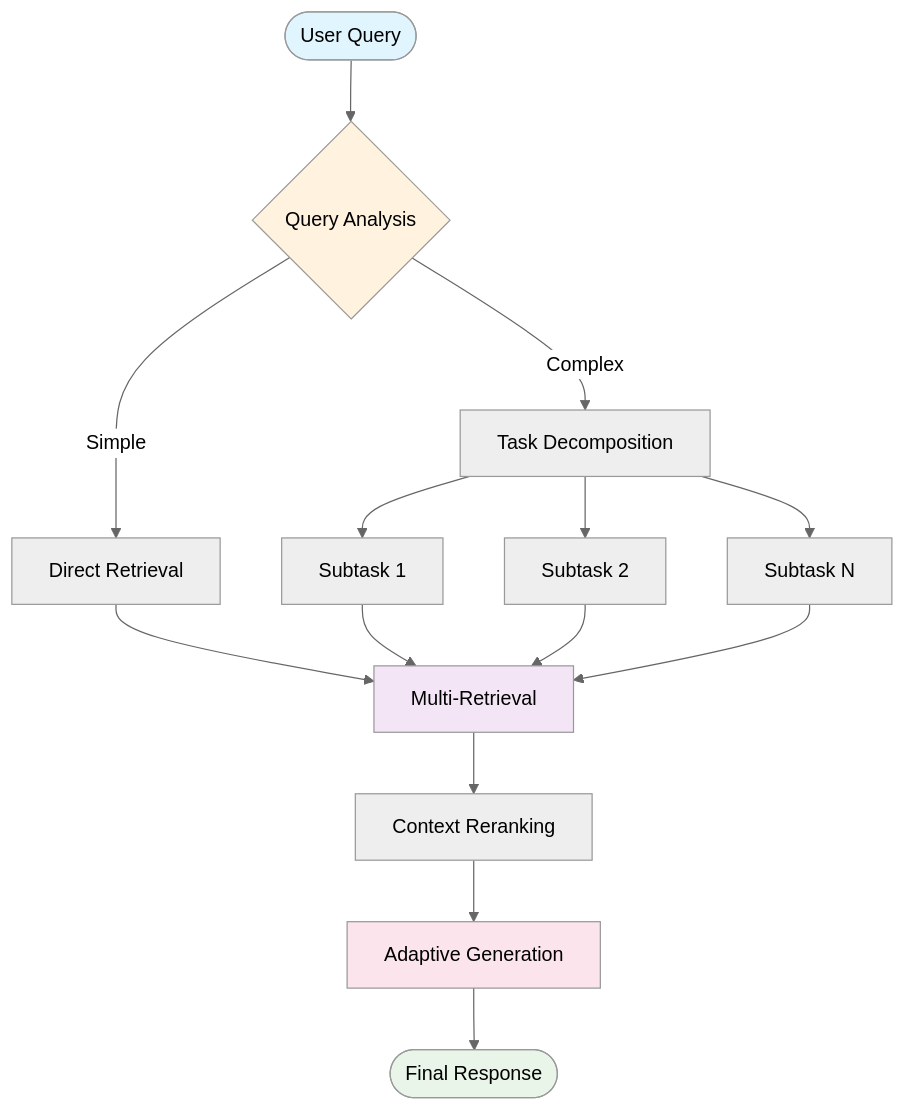
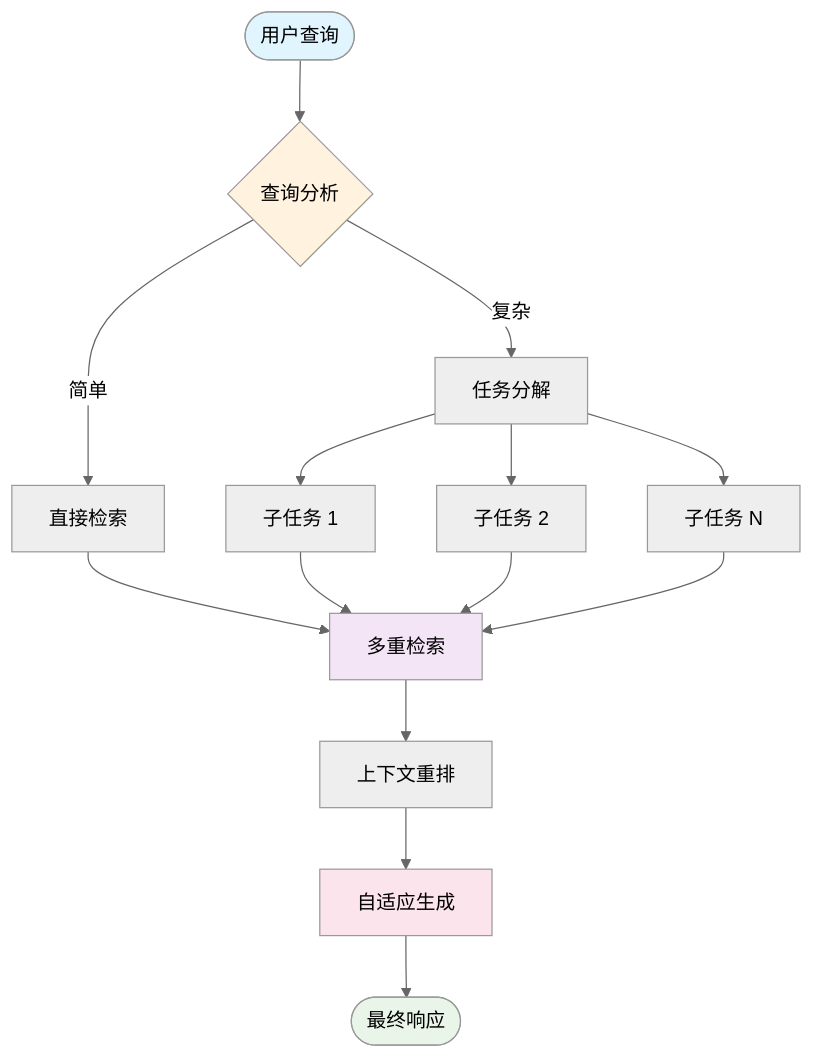
The second of 8 diagrams in docs/diagrams.md (Rito-w/adaptiverag), drawn with Mermaid (neutral theme) before and after one commit. The commit also changed other lines of this file and 2 other files, not shown here.

````diff
--- a/docs/diagrams.md
+++ b/docs/diagrams.md
@@ -21,25 +21,25 @@
 ```mermaid
 flowchart TD
-    Start([User Query]) --> Analyze{Query Analysis}
-    Analyze -->|Simple| DirectRetrieval[Direct Retrieval]
-    Analyze -->|Complex| TaskDecomp[Task Decomposition]
-    
-    TaskDecomp --> SubTask1[Subtask 1]
-    TaskDecomp --> SubTask2[Subtask 2]
-    TaskDecomp --> SubTaskN[Subtask N]
-    
-    DirectRetrieval --> Retrieve[Multi-Retrieval]
+    Start([用户查询]) --> Analyze{查询分析}
+    Analyze -->|简单| DirectRetrieval[直接检索]
+    Analyze -->|复杂| TaskDecomp[任务分解]
+
+    TaskDecomp --> SubTask1[子任务 1]
+    TaskDecomp --> SubTask2[子任务 2]
+    TaskDecomp --> SubTaskN[子任务 N]
+
+    DirectRetrieval --> Retrieve[多重检索]
     SubTask1 --> Retrieve
     SubTask2 --> Retrieve
     SubTaskN --> Retrieve
-    
-    Retrieve --> Rerank[Context Reranking]
-    Rerank --> Generate[Adaptive Generation]
-    Generate --> End([Final Response])
-    
+
+    Retrieve --> Rerank[上下文重排]
+    Rerank --> Generate[自适应生成]
+    Generate --> End([最终响应])
+
     style Start fill:#e1f5fe
     style End fill:#e8f5e8
     style Analyze fill:#fff3e0
     style Retrieve fill:#f3e5f5
     style Generate fill:#fce4ec
 ```
````
